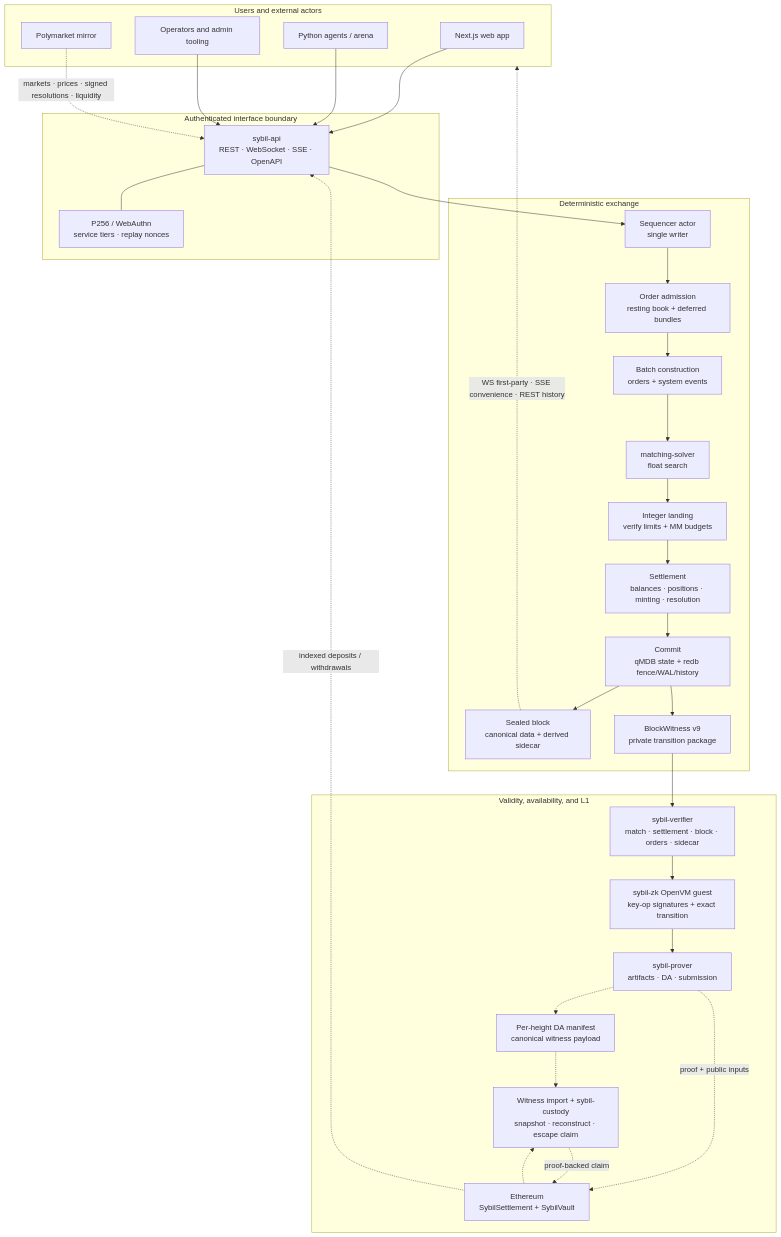
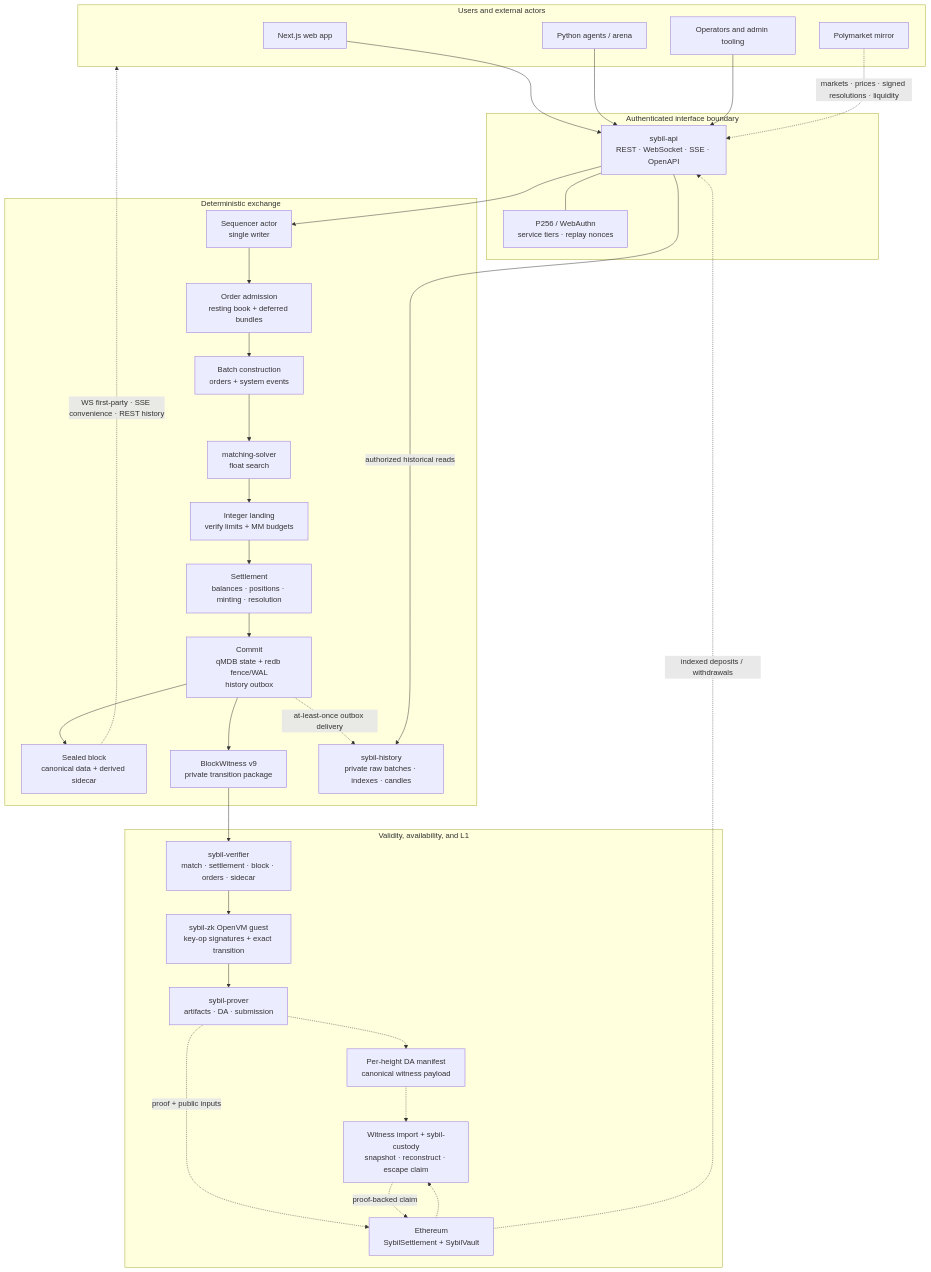
One commit to MetaB0y/sybil changed the first of 2 diagrams in docs/architecture/Sybil Architecture.md. Above: the diagram before and after it, drawn with Mermaid. The commit also changed other lines of this file and 78 other files, not shown here.

````diff
--- a/docs/architecture/Sybil Architecture.md
+++ b/docs/architecture/Sybil Architecture.md
@@ -21,55 +21,58 @@
 ```mermaid
 flowchart TB
     subgraph users["Users and external actors"]
         WEB["Next.js web app"]
         BOTS["Python agents / arena"]
         PM["Polymarket mirror"]
         OPS["Operators and admin tooling"]
     end
 
     subgraph edge["Authenticated interface boundary"]
         API["sybil-api<br/>REST · WebSocket · SSE · OpenAPI"]
         AUTH["P256 / WebAuthn<br/>service tiers · replay nonces"]
         API --- AUTH
     end
 
     subgraph exchange["Deterministic exchange"]
         ACTOR["Sequencer actor<br/>single writer"]
         ADMIT["Order admission<br/>resting book + deferred bundles"]
         BATCH["Batch construction<br/>orders + system events"]
         SOLVE["matching-solver<br/>float search"]
         LAND["Integer landing<br/>verify limits + MM budgets"]
         SETTLE["Settlement<br/>balances · positions · minting · resolution"]
-        STORE["Commit<br/>qMDB state + redb fence/WAL/history"]
+        STORE["Commit<br/>qMDB state + redb fence/WAL<br/>history outbox"]
         BLOCK["Sealed block<br/>canonical data + derived sidecar"]
         WIT["BlockWitness v9<br/>private transition package"]
+        HIST["sybil-history<br/>private raw batches · indexes · candles"]
 
         ACTOR --> ADMIT --> BATCH --> SOLVE --> LAND --> SETTLE --> STORE
         STORE --> BLOCK
         STORE --> WIT
+        STORE -.->|"at-least-once outbox delivery"| HIST
     end
 
     subgraph validity["Validity, availability, and L1"]
         VERIFY["sybil-verifier<br/>match · settlement · block · orders · sidecar"]
         GUEST["sybil-zk OpenVM guest<br/>key-op signatures + exact transition"]
         PROVER["sybil-prover<br/>artifacts · DA · submission"]
         DA["Per-height DA manifest<br/>canonical witness payload"]
         L1["Ethereum<br/>SybilSettlement + SybilVault"]
         ESCAPE["Witness import + sybil-custody<br/>snapshot · reconstruct · escape claim"]
 
         WIT --> VERIFY --> GUEST --> PROVER
         PROVER -.-> DA
         PROVER -.->|"proof + public inputs"| L1
         DA -.-> ESCAPE
         L1 -.-> ESCAPE
         ESCAPE -.->|"proof-backed claim"| L1
     end
 
     WEB --> API
     BOTS --> API
     OPS --> API
     PM -.->|"markets · prices · signed resolutions · liquidity"| API
     API --> ACTOR
+    API -->|"authorized historical reads"| HIST
     BLOCK -.->|"WS first-party · SSE convenience · REST history"| users
     L1 -.->|"indexed deposits / withdrawals"| API
 ```
````
